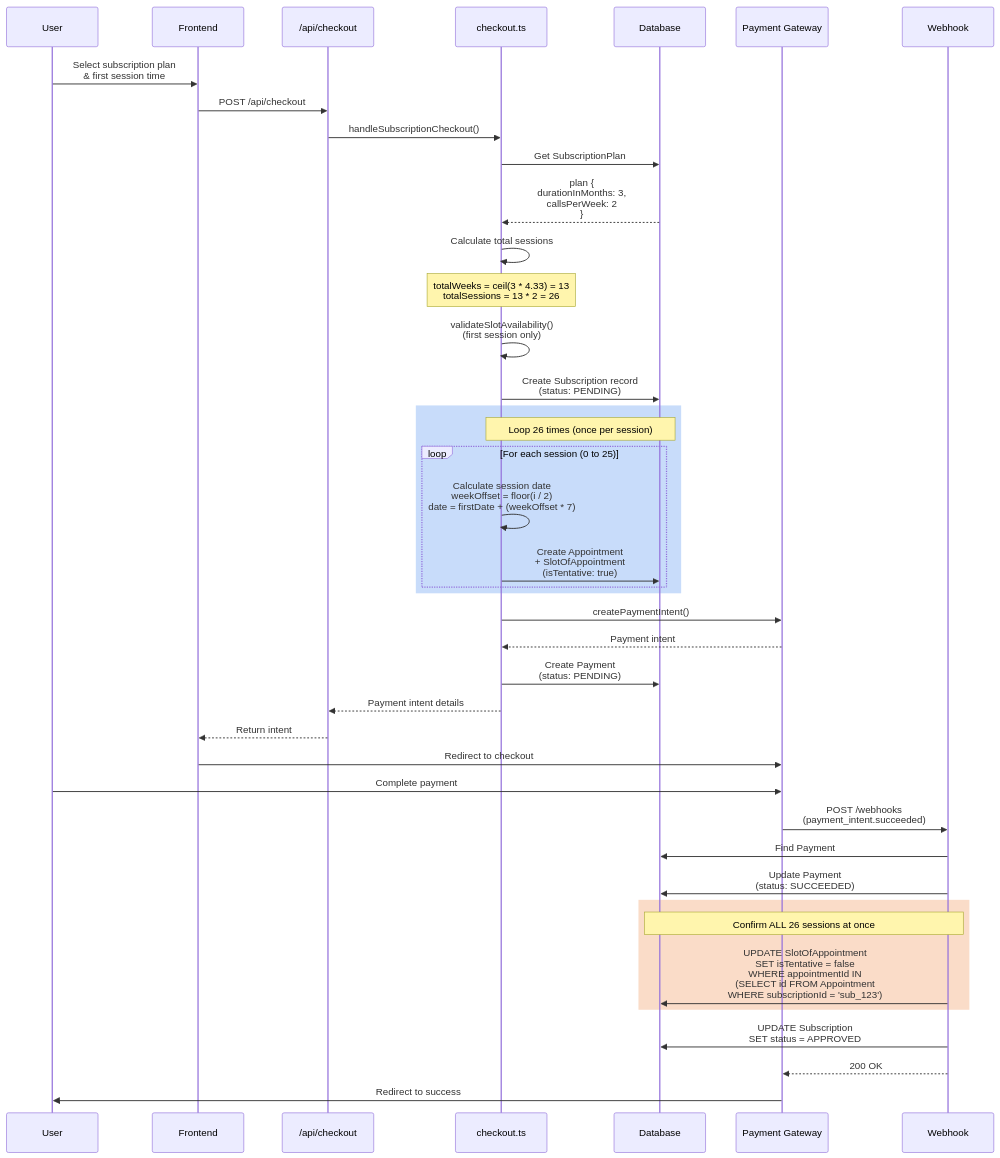
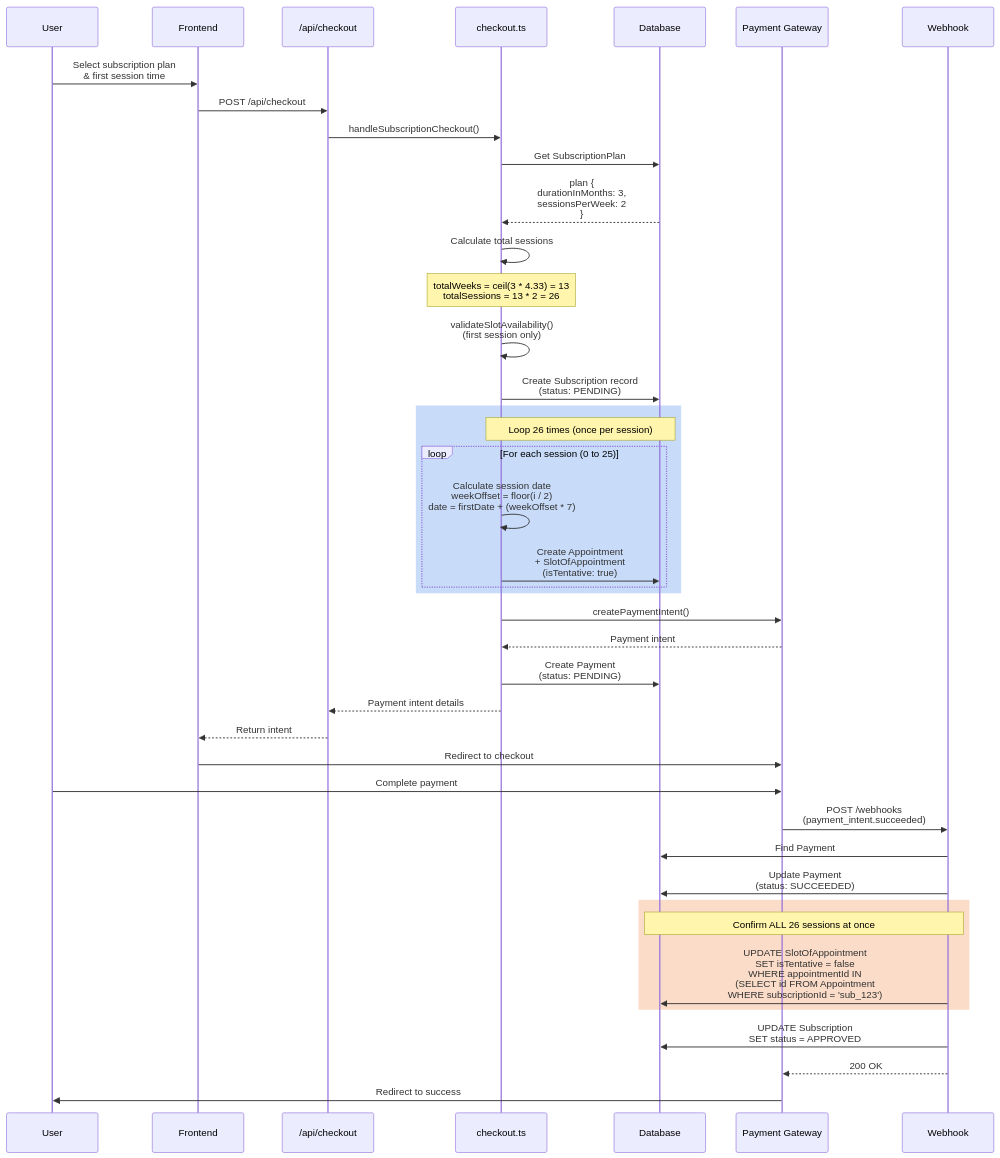
Before and after one commit to Practitionist/familiarise_web: the second of 2 diagrams in docs/payments/checkout-flow/01-overview-and-consultation.md, drawn with Mermaid. The commit also changed other lines of this file and 116 other files, not shown here.

````diff
--- a/docs/payments/checkout-flow/01-overview-and-consultation.md
+++ b/docs/payments/checkout-flow/01-overview-and-consultation.md
@@ -905,57 +905,57 @@
 ```mermaid
 sequenceDiagram
     participant U as User
     participant FE as Frontend
     participant API as /api/checkout
     participant CO as checkout.ts
     participant DB as Database
     participant PG as Payment Gateway
     participant WH as Webhook
 
     U->>FE: Select subscription plan<br/>& first session time
     FE->>API: POST /api/checkout
 
     API->>CO: handleSubscriptionCheckout()
     CO->>DB: Get SubscriptionPlan
-    DB-->>CO: plan {<br/>  durationInMonths: 3,<br/>  callsPerWeek: 2<br/>}
+    DB-->>CO: plan {<br/>  durationInMonths: 3,<br/>  sessionsPerWeek: 2<br/>}
 
     CO->>CO: Calculate total sessions
     Note over CO: totalWeeks = ceil(3 * 4.33) = 13<br/>totalSessions = 13 * 2 = 26
 
     CO->>CO: validateSlotAvailability()<br/>(first session only)
 
     CO->>DB: Create Subscription record<br/>(status: PENDING)
 
     rect rgb(200, 220, 250)
         Note over CO,DB: Loop 26 times (once per session)
         loop For each session (0 to 25)
             CO->>CO: Calculate session date<br/>weekOffset = floor(i / 2)<br/>date = firstDate + (weekOffset * 7)
             CO->>DB: Create Appointment<br/>+ SlotOfAppointment<br/>(isTentative: true)
         end
     end
 
     CO->>PG: createPaymentIntent()
     PG-->>CO: Payment intent
 
     CO->>DB: Create Payment<br/>(status: PENDING)
     CO-->>API: Payment intent details
     API-->>FE: Return intent
 
     FE->>PG: Redirect to checkout
     U->>PG: Complete payment
 
     PG->>WH: POST /webhooks<br/>(payment_intent.succeeded)
 
     WH->>DB: Find Payment
     WH->>DB: Update Payment<br/>(status: SUCCEEDED)
 
     rect rgb(250, 220, 200)
         Note over WH,DB: Confirm ALL 26 sessions at once
         WH->>DB: UPDATE SlotOfAppointment<br/>SET isTentative = false<br/>WHERE appointmentId IN<br/>  (SELECT id FROM Appointment<br/>   WHERE subscriptionId = 'sub_123')
     end
 
     WH->>DB: UPDATE Subscription<br/>SET status = APPROVED
 
     WH-->>PG: 200 OK
     PG->>U: Redirect to success
 ```
````
